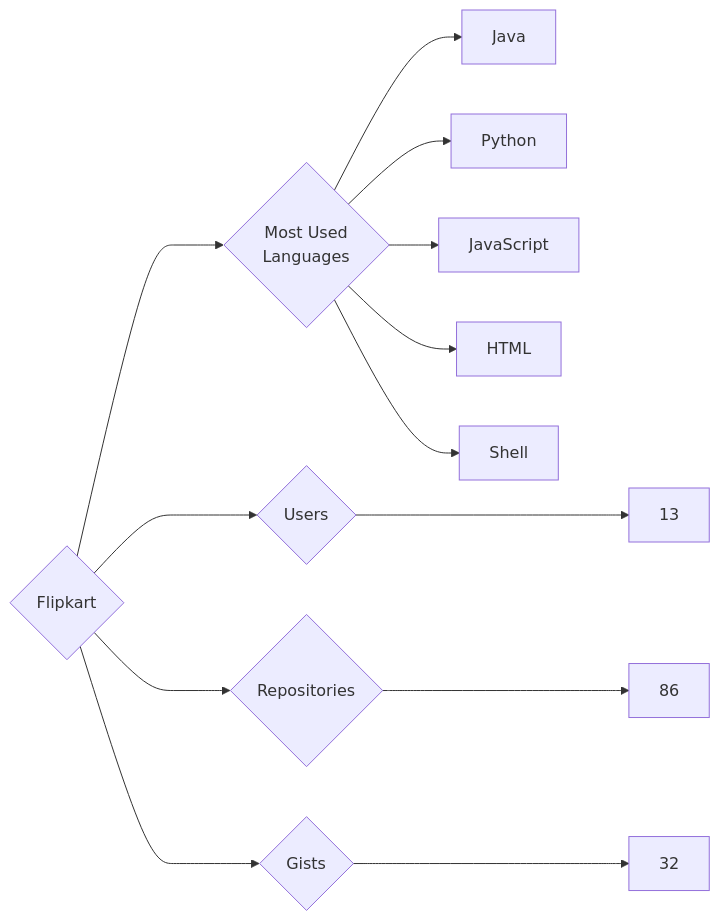
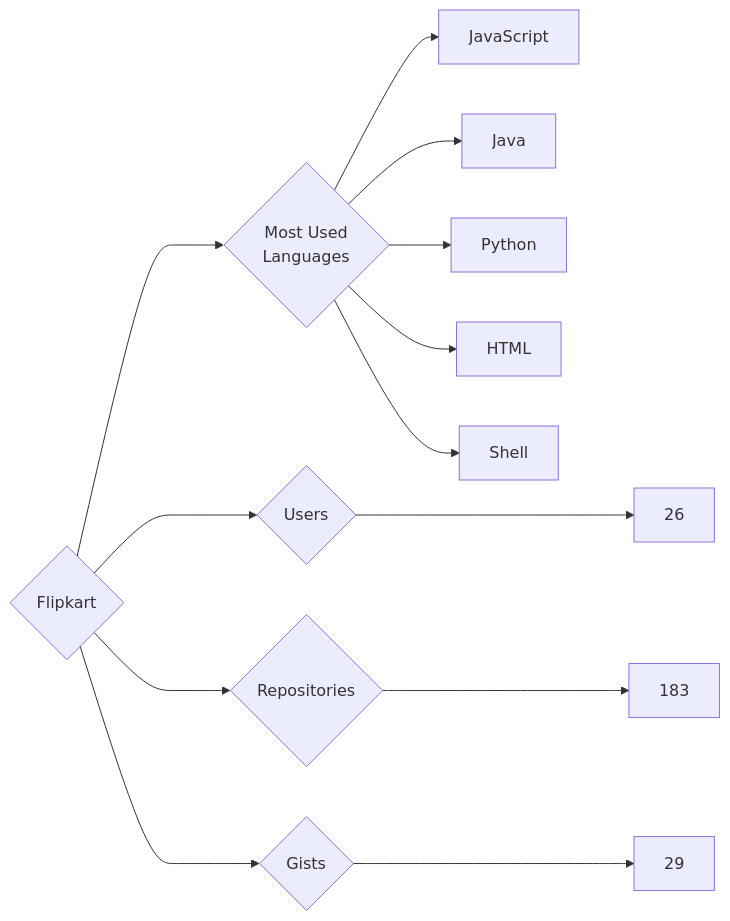
One commit to trickest/insiders changed the diagram in targets/Flipkart/README.md. Above: the diagram before and after it, drawn with Mermaid. The commit also changed 951 other files, not shown here.

````diff
--- a/targets/Flipkart/README.md
+++ b/targets/Flipkart/README.md
@@ -3,13 +3,13 @@
 ```mermaid
 graph LR
 COMPANY_NAME{Flipkart}
-COMPANY_NAME ---> U{Users} ---> UN[13]
-COMPANY_NAME ---> R{Repositories} ---> RN[86]
-COMPANY_NAME ---> G{Gists} ---> GN[32]
+COMPANY_NAME ---> U{Users} ---> UN[26]
+COMPANY_NAME ---> R{Repositories} ---> RN[183]
+COMPANY_NAME ---> G{Gists} ---> GN[29]
 COMPANY_NAME ---> ML{Most Used<br>Languages}
-ML --> Java
-ML --> Python
-ML --> JavaScript
-ML --> HTML
-ML --> Shell
+ML --> JavaScript[JavaScript]
+ML --> Java[Java]
+ML --> Python[Python]
+ML --> HTML[HTML]
+ML --> Shell[Shell]
 ```
````
